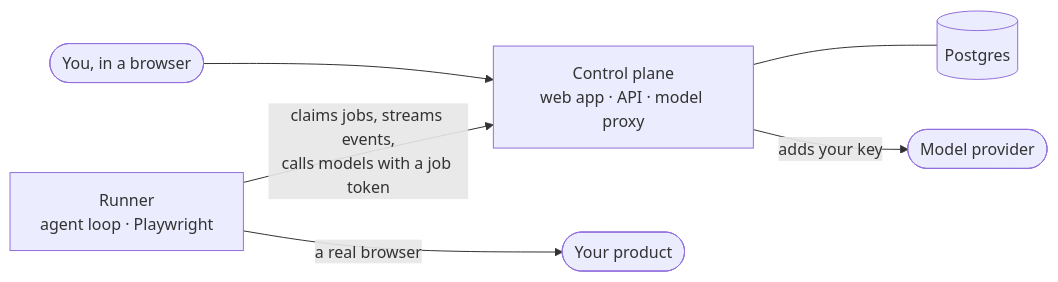
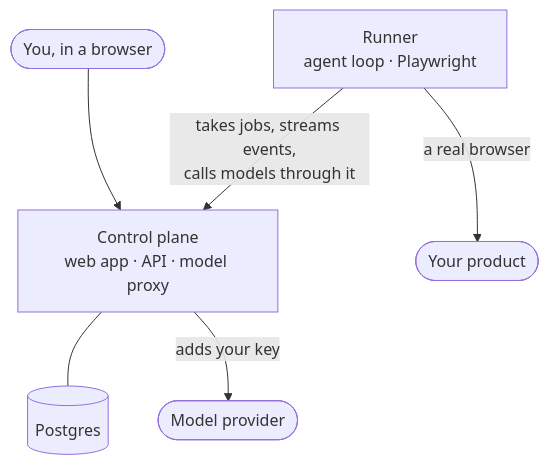
Before and after one commit to usetrawler/trawler: the second of 2 diagrams in README.md, drawn with Mermaid. The commit also changed other lines of this file, not shown here.

Commit message:
docs: the README's diagrams read top to bottom on a phone, its badges keep their contrast, and the sample brief wraps

````diff
--- a/README.md
+++ b/README.md
@@ -190,8 +188,8 @@
 ```mermaid
-flowchart LR
+flowchart TB
     you(["You, in a browser"]) --> cp["Control plane<br/>web app · API · model proxy"]
+    runner["Runner<br/>agent loop · Playwright"] -- "takes jobs, streams events,<br/>calls models through it" --> cp
+    runner -- "a real browser" --> product(["Your product"])
     cp --- db[("Postgres")]
-    runner["Runner<br/>agent loop · Playwright"] -- "claims jobs, streams events,<br/>calls models with a job token" --> cp
     cp -- "adds your key" --> llm(["Model provider"])
-    runner -- "a real browser" --> product(["Your product"])
 ```
````
